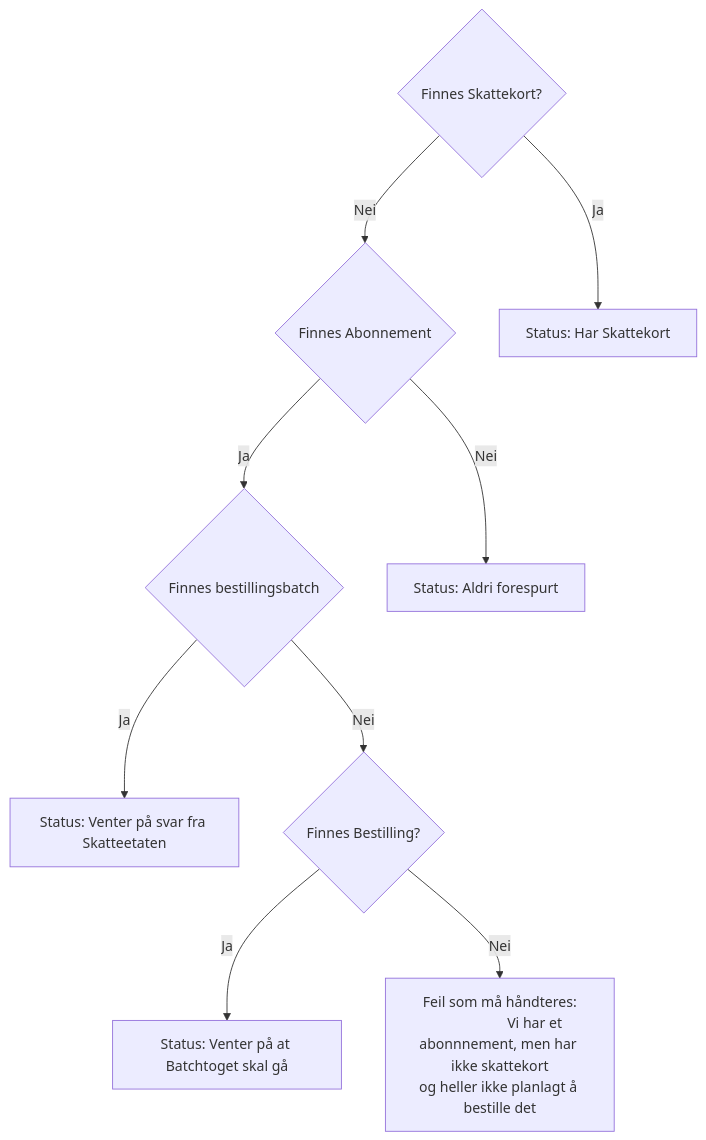
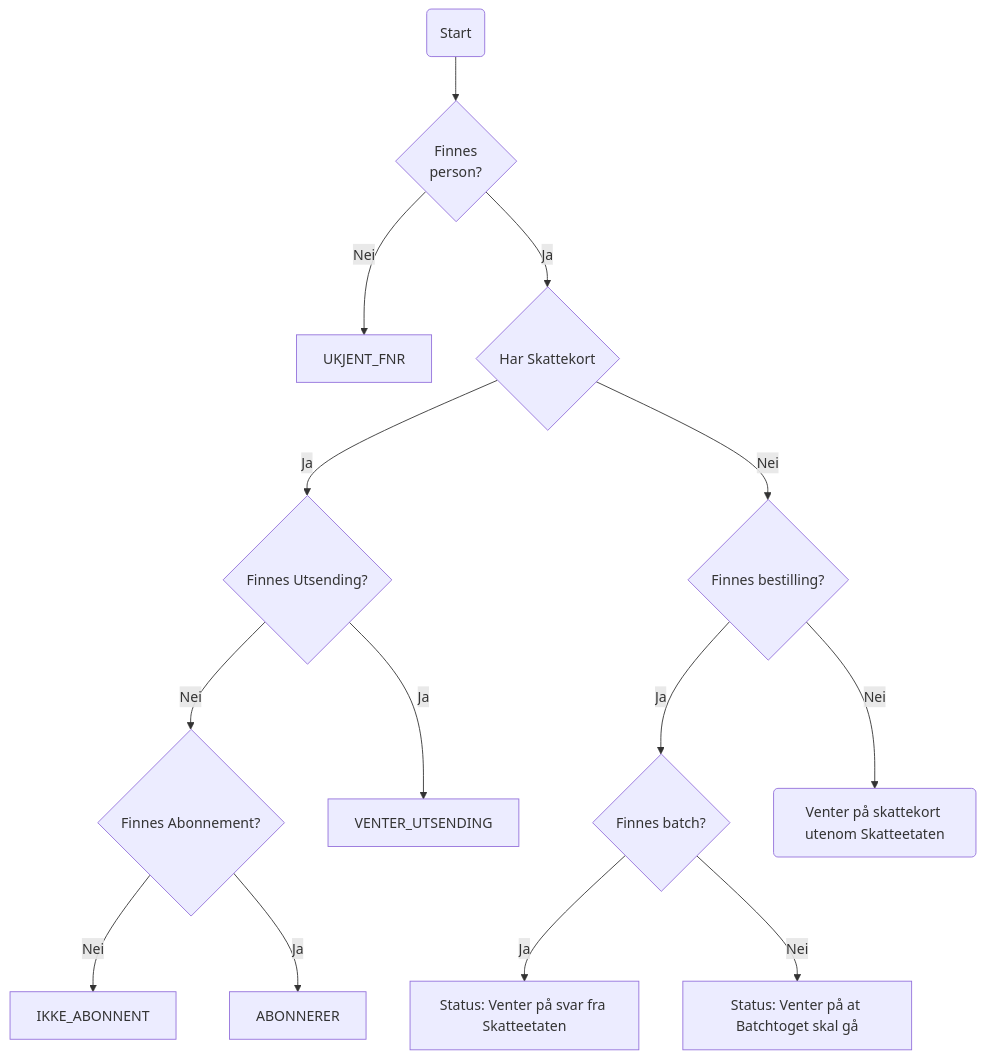
One commit to navikt/sokos-skattekort changed the ninth of 9 diagrams in dokumentasjon/arkitektur/workflows.md. Above: the diagram before and after it, drawn with Mermaid. The commit also changed other lines of this file and 1 other file, not shown here.

````diff
--- a/dokumentasjon/arkitektur/workflows.md
+++ b/dokumentasjon/arkitektur/workflows.md
@@ -122,11 +121,16 @@
 ```mermaid
 flowchart TD
-    S{Finnes Skattekort?} -->|Nei| A{Finnes Abonnement} -->|Ja| BB{Finnes bestillingsbatch} -->|Ja| S1[Status: Venter på svar fra Skatteetaten]
-    S -->|Ja| S2[Status: Har Skattekort]
-    A -->|Nei| S3[Status: Aldri forespurt]
-    BB -->|Nei| B{Finnes Bestilling?} -->|Ja| S5[Status: Venter på at Batchtoget skal gå]
-    B -->|Nei| S4["Feil som må håndteres:
-                    Vi har et abonnnement, men har ikke skattekort
-og heller ikke planlagt å bestille det"]
-
+    Start(Start) --> FNR{Finnes \nperson?}
+    FNR -->|Nei| IKKE_FORESPURT[UKJENT_FNR]
+    FNR -->|Ja| SJEKK_SKATTEKORT{Har Skattekort}
+    SJEKK_SKATTEKORT -->|Ja| SJEKK_UTSENDING{Finnes Utsending?}
+    SJEKK_UTSENDING -->|Nei| SJEKK_ABONNEMENT{Finnes Abonnement?}
+    SJEKK_UTSENDING -->|Ja| VENTER_UTSENDING
+    SJEKK_ABONNEMENT{Finnes Abonnement?} -->|Nei| IKKE_ABONNENT
+    SJEKK_ABONNEMENT -->|Ja| ABONNERER
+    SJEKK_SKATTEKORT -->|Nei| SJEKK_BESTILLING{Finnes bestilling?}
+    SJEKK_BESTILLING -->|Ja| SJEKK_BATCH{Finnes batch?}
+    SJEKK_BATCH -->|Ja| VENTER_SVAR[Status: Venter på svar fra Skatteetaten]
+    SJEKK_BATCH -->|Nei| VENTER_BATCH[Status: Venter på at Batchtoget skal gå]
+    SJEKK_BESTILLING -->|Nei| WAIT(Venter på skattekort utenom Skatteetaten)
 ```
````
